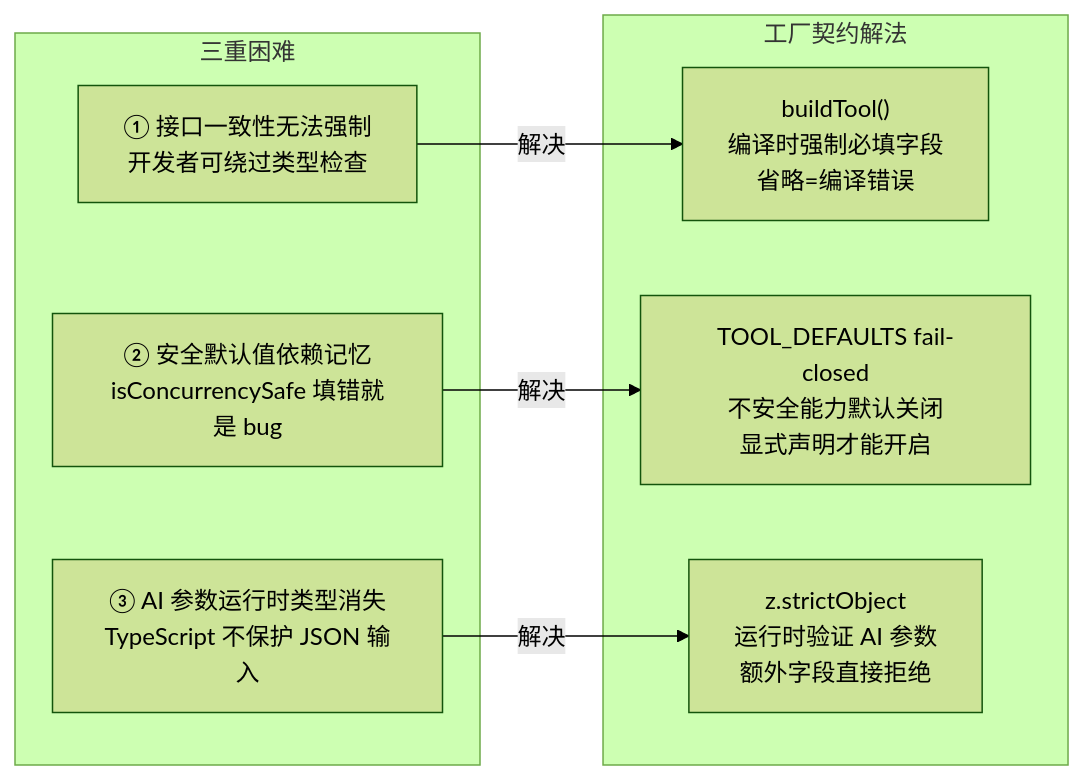
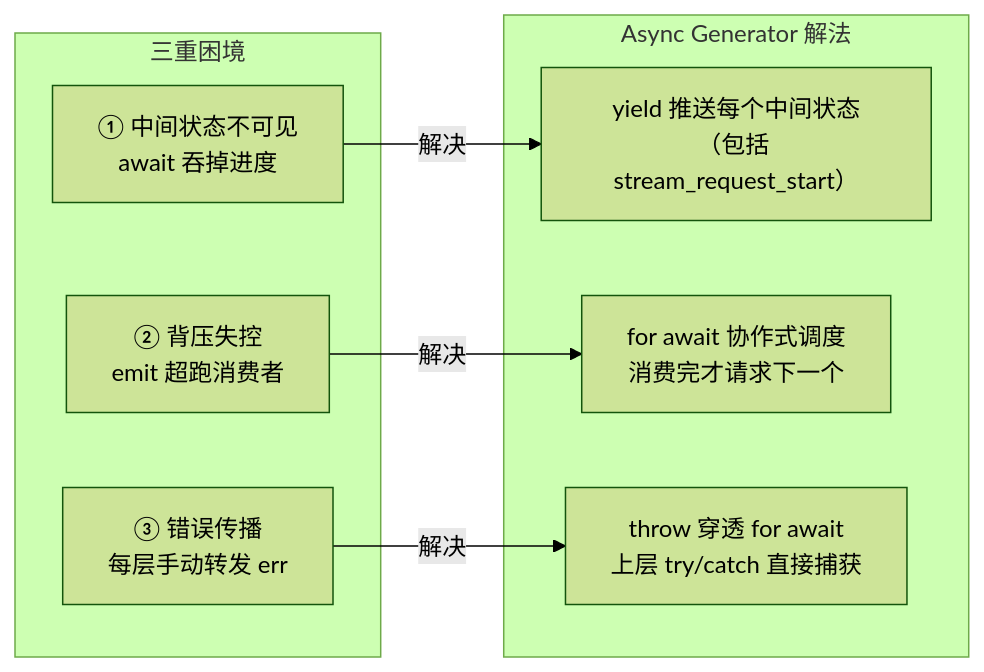
The first of 5 diagrams in claude-code-engineering-patterns/book/src/part3/ch10.md (weiping/claude-code-book), drawn with Mermaid (forest theme) before and after one commit. The commit also changed other lines of this file and 700 other files, not shown here.

First line of the commit message:
docs: restructure engineering patterns book to 3-layer architecture

````diff
--- a/claude-code-engineering-patterns/book/src/part3/ch10.md
+++ b/claude-code-engineering-patterns/book/src/part3/ch10.md
@@ -47,18 +57,18 @@
 ```mermaid
 flowchart LR
-    subgraph 三重困难
-        P1["① 接口一致性无法强制\n开发者可绕过类型检查"]
-        P2["② 安全默认值依赖记忆\nisConcurrencySafe 填错就是 bug"]
-        P3["③ AI 参数运行时类型消失\nTypeScript 不保护 JSON 输入"]
+    subgraph 三重困境
+        P1["① 中间状态不可见\n await 吞掉进度"]
+        P2["② 背压失控\n emit 超跑消费者"]
+        P3["③ 错误传播\n 每层手动转发 err"]
     end
 
-    subgraph 工厂契约解法
-        S1["buildTool()\n编译时强制必填字段\n省略=编译错误"]
-        S2["TOOL_DEFAULTS fail-closed\n不安全能力默认关闭\n显式声明才能开启"]
-        S3["z.strictObject\n运行时验证 AI 参数\n额外字段直接拒绝"]
+    subgraph Async Generator 解法
+        S1["yield 推送每个中间状态\n（包括 stream_request_start）"]
+        S2["for await 协作式调度\n消费完才请求下一个"]
+        S3["throw 穿透 for await\n上层 try/catch 直接捕获"]
     end
 
     P1 -->|解决| S1
     P2 -->|解决| S2
     P3 -->|解决| S3
 ```
````
